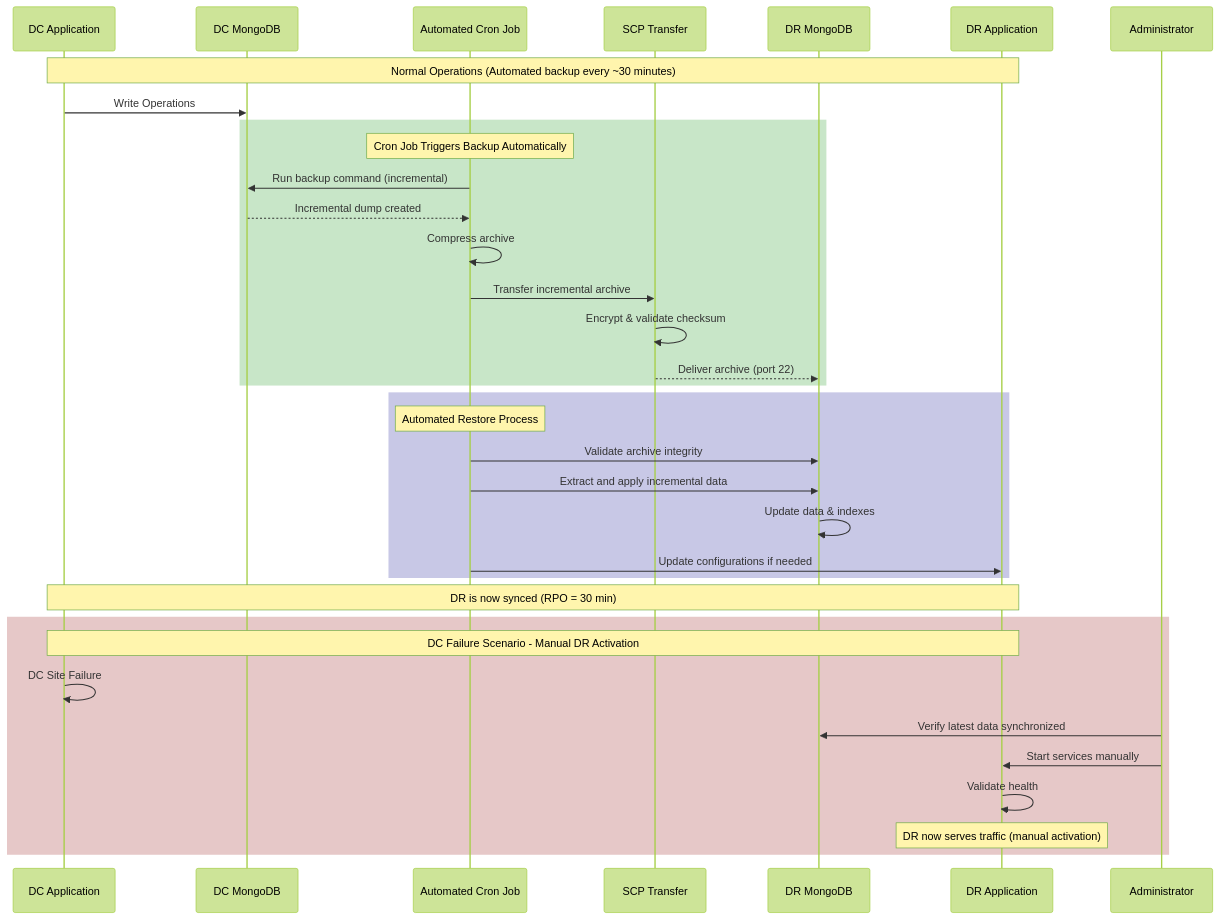
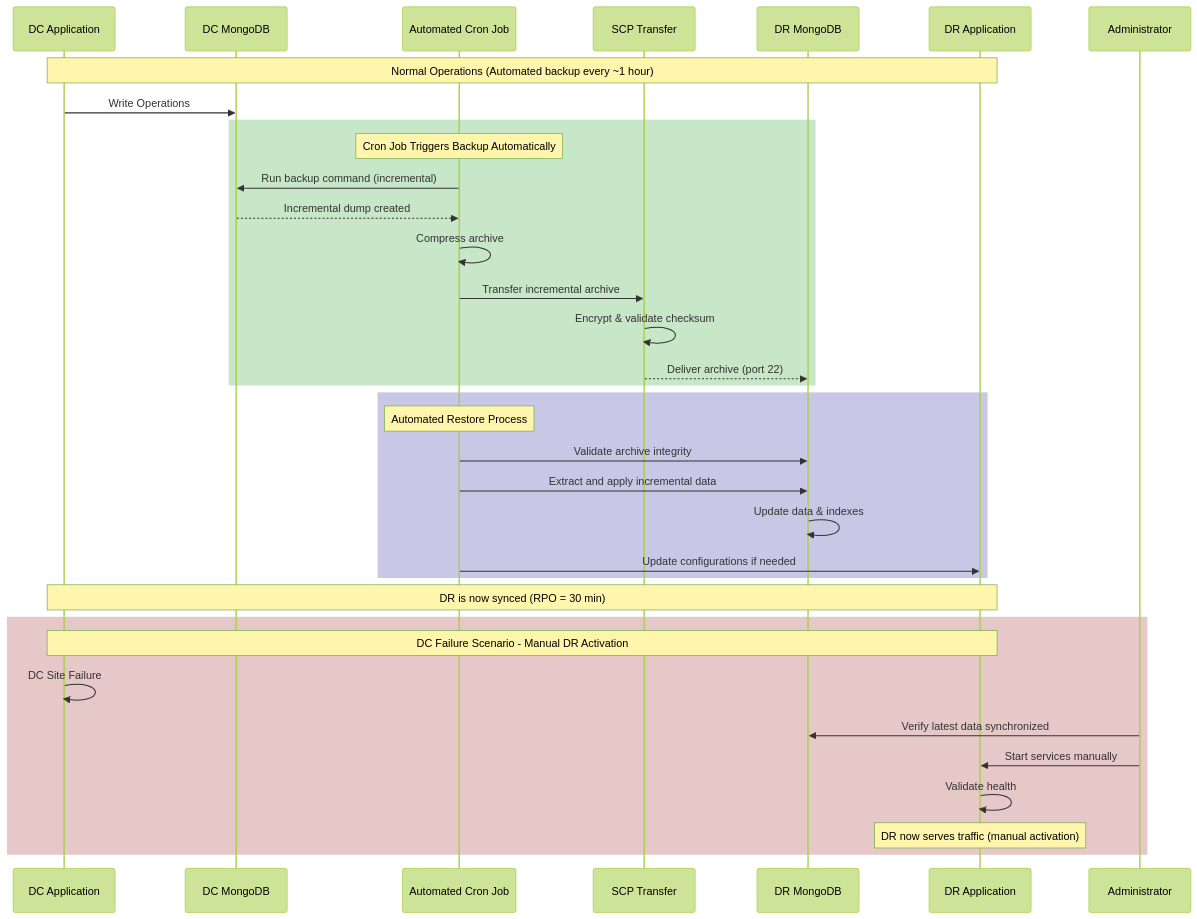
One commit to Karthikhvr/customers-docs changed the third of 12 diagrams in HA_DR_Architecture_Documentation_dt2.md. Above: the diagram before and after it, drawn with Mermaid (forest theme). The commit also changed other lines of this file, not shown here.

Commit message:
Updated Incremental backup interval to 1 hr and secondary fail over to 20-35 minutes instead of seconds

````diff
--- a/HA_DR_Architecture_Documentation_dt2.md
+++ b/HA_DR_Architecture_Documentation_dt2.md
@@ -205,43 +205,43 @@
 ```mermaid
 sequenceDiagram
     participant DC_APP as DC Application
     participant DC_DB as DC MongoDB
     participant CRON as Automated Cron Job
     participant SCP as SCP Transfer
     participant DR_DB as DR MongoDB
     participant DR_APP as DR Application
     
-    Note over DC_APP,DR_APP: Normal Operations (Automated backup every ~30 minutes)
+    Note over DC_APP,DR_APP: Normal Operations (Automated backup every ~1 hour)
     
     DC_APP->>DC_DB: Write Operations
     
     rect rgb(200, 230, 200)
         Note over CRON: Cron Job Triggers Backup Automatically
         CRON->>DC_DB: Run backup command (incremental)
         DC_DB-->>CRON: Incremental dump created
         CRON->>CRON: Compress archive
         CRON->>SCP: Transfer incremental archive
         SCP->>SCP: Encrypt & validate checksum
         SCP-->>DR_DB: Deliver archive (port 22)
     end
     
     rect rgb(200, 200, 230)
         Note over CRON: Automated Restore Process
         CRON->>DR_DB: Validate archive integrity
         CRON->>DR_DB: Extract and apply incremental data
         DR_DB->>DR_DB: Update data & indexes
         CRON->>DR_APP: Update configurations if needed
     end
     
     Note over DC_APP,DR_APP: DR is now synced (RPO = 30 min)
     
     rect rgb(230, 200, 200)
         Note over DC_APP,DR_APP: DC Failure Scenario - Manual DR Activation
         DC_APP->>DC_APP: DC Site Failure
         participant ADMIN as Administrator
         ADMIN->>DR_DB: Verify latest data synchronized
         ADMIN->>DR_APP: Start services manually
         DR_APP->>DR_APP: Validate health
         Note over DR_APP: DR now serves traffic (manual activation)
     end
 ```
````
